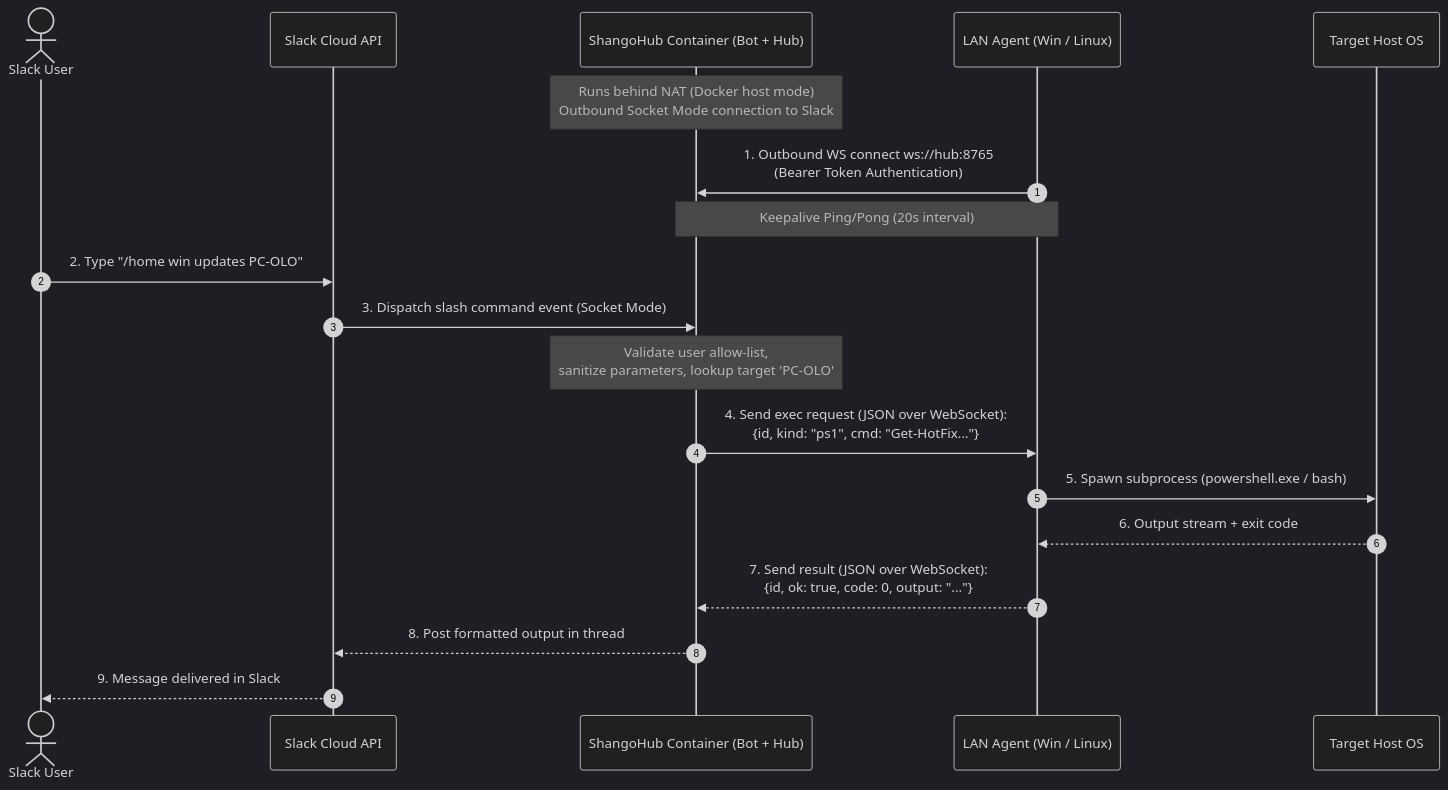
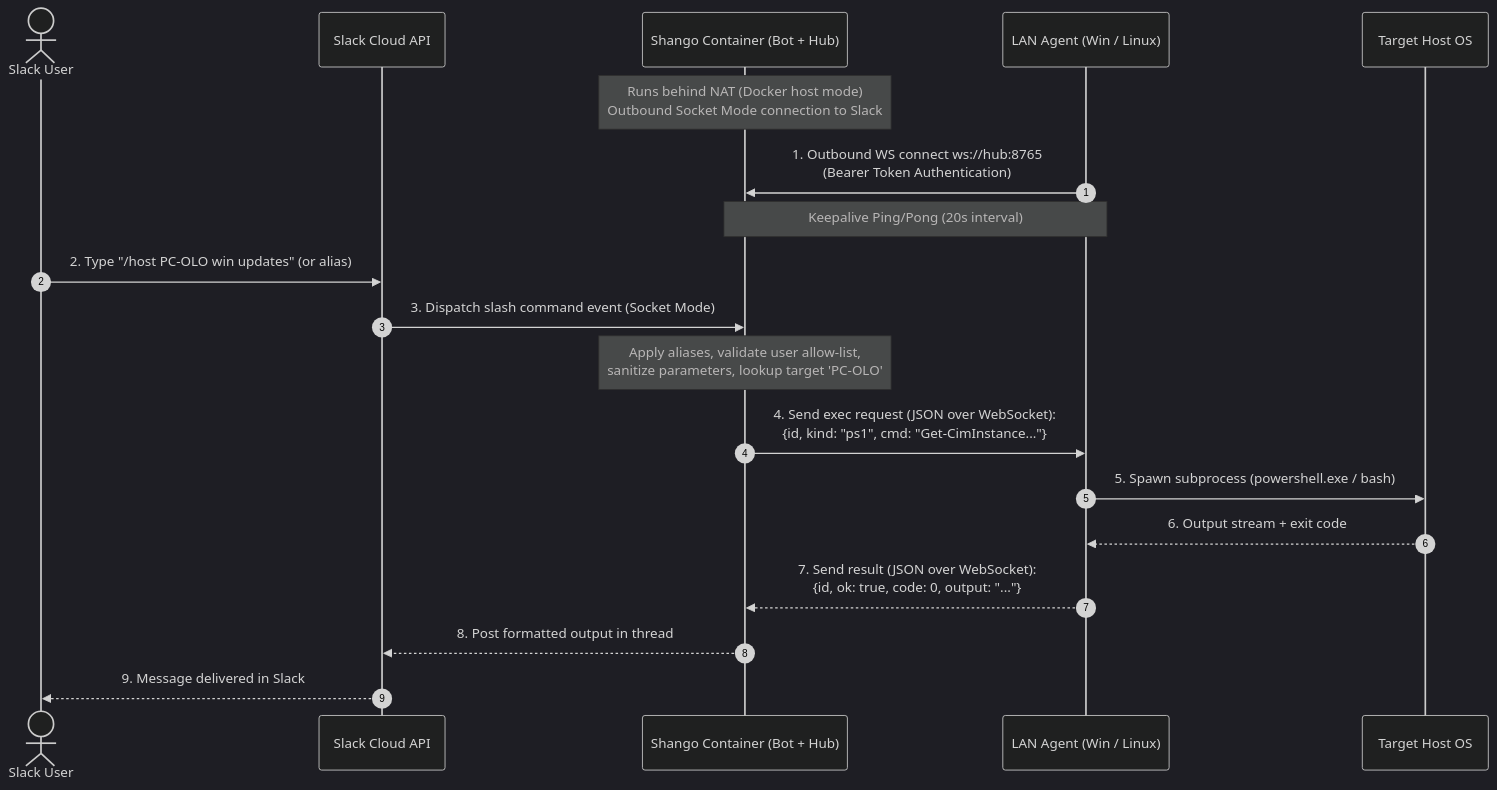
The diagram in README.md (lhotakj/cmdiqo), drawn with Mermaid (dark theme) before and after one commit. The commit also changed other lines of this file and 42 other files, not shown here.

````diff
--- a/README.md
+++ b/README.md
@@ -228,23 +291,23 @@
 ```mermaid
 sequenceDiagram
     autonumber
     actor User as Slack User
     participant Slack as Slack Cloud API
-    participant Bot as ShangoHub Container (Bot + Hub)
+    participant Bot as Shango Container (Bot + Hub)
     participant Agent as LAN Agent (Win / Linux)
     participant Host as Target Host OS
 
     Note over Bot: Runs behind NAT (Docker host mode)<br/>Outbound Socket Mode connection to Slack
     Agent->>Bot: 1. Outbound WS connect ws://hub:8765<br/>(Bearer Token Authentication)
     Note over Bot,Agent: Keepalive Ping/Pong (20s interval)
 
-    User->>Slack: 2. Type "/home win updates PC-OLO"
+    User->>Slack: 2. Type "/host PC-OLO win updates" (or alias)
     Slack->>Bot: 3. Dispatch slash command event (Socket Mode)
-    Note over Bot: Validate user allow-list,<br/>sanitize parameters, lookup target 'PC-OLO'
-    Bot->>Agent: 4. Send exec request (JSON over WebSocket):<br/>{id, kind: "ps1", cmd: "Get-HotFix..."}
+    Note over Bot: Apply aliases, validate user allow-list,<br/>sanitize parameters, lookup target 'PC-OLO'
+    Bot->>Agent: 4. Send exec request (JSON over WebSocket):<br/>{id, kind: "ps1", cmd: "Get-CimInstance..."}
     Agent->>Host: 5. Spawn subprocess (powershell.exe / bash)
     Host-->>Agent: 6. Output stream + exit code
     Agent-->>Bot: 7. Send result (JSON over WebSocket):<br/>{id, ok: true, code: 0, output: "..."}
     Bot-->>Slack: 8. Post formatted output in thread
     Slack-->>User: 9. Message delivered in Slack
 ```
````
